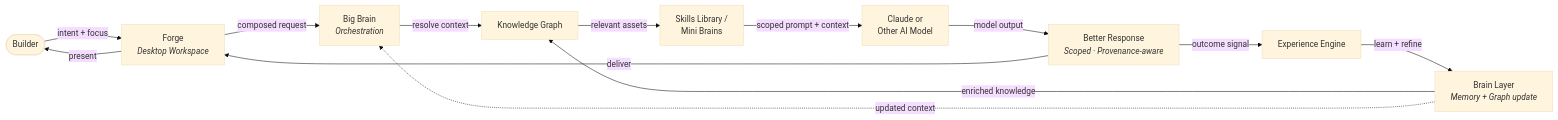
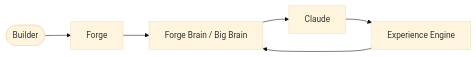
The diagram in README.md (BattleBoundBrandingGit/crucible-forge-demo), drawn with Mermaid (base theme) before and after one commit. The commit also changed other lines of this file and 27 other files, not shown here.

````diff
--- a/README.md
+++ b/README.md
@@ -137,25 +95,11 @@
 ```mermaid
 flowchart LR
     user(["Builder"])
-    forge["Forge<br/><i>Desktop Workspace</i>"]
-    bb["Big Brain<br/><i>Orchestration</i>"]
-    kg["Knowledge Graph"]
-    skills["Skills Library /<br/>Mini Brains"]
-    model["Claude or<br/>Other AI Model"]
-    response["Better Response<br/><i>Scoped · Provenance-aware</i>"]
+    forge["Forge"]
+    brain["Forge Brain / Big Brain"]
+    model["Claude"]
     ee["Experience Engine"]
-    brain["Brain Layer<br/><i>Memory + Graph update</i>"]
 
-    user -->|"intent + focus"| forge
-    forge -->|"composed request"| bb
-    bb -->|"resolve context"| kg
-    kg -->|"relevant assets"| skills
-    skills -->|"scoped prompt + context"| model
-    model -->|"model output"| response
-    response -->|"outcome signal"| ee
-    ee -->|"learn + refine"| brain
-    brain -->|"enriched knowledge"| kg
-    brain -.->|"updated context"| bb
-    response -->|"deliver"| forge
-    forge -->|"present"| user
+    user --> forge --> brain --> model
+    model --> ee --> brain
 ```
````
